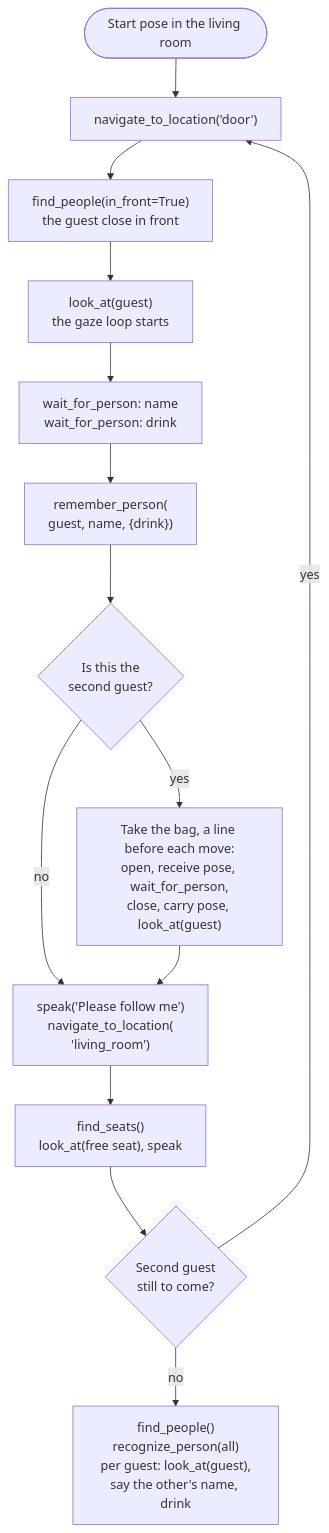
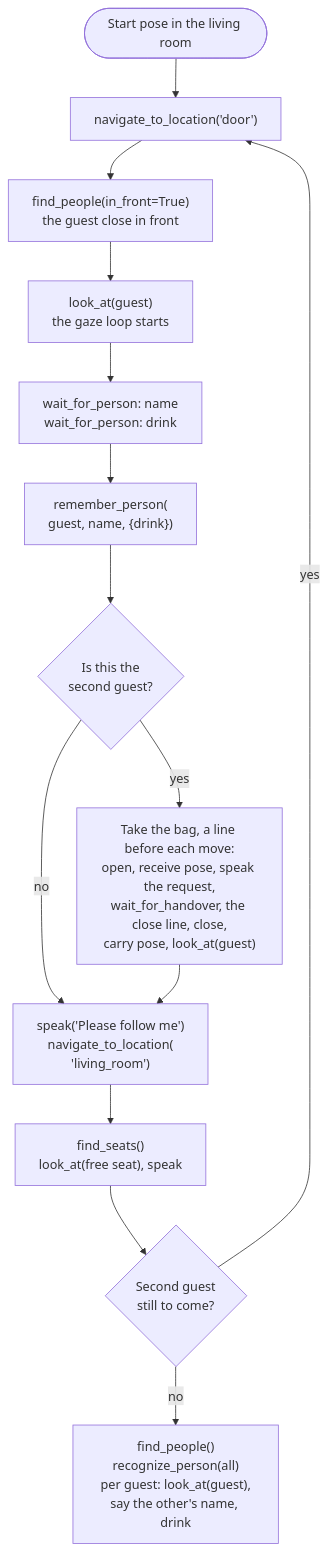
One commit to EIC-Robocup-2026/walkie-agent-ros changed the first of 4 diagrams in docs/architecture/hri.md. Above: the diagram before and after it, drawn with Mermaid. The commit also changed other lines of this file and 23 other files, not shown here.

````diff
--- a/docs/architecture/hri.md
+++ b/docs/architecture/hri.md
@@ -162,16 +165,16 @@
 ```mermaid
 flowchart TB
     start(["Start pose in the living room"]) --> door["navigate_to_location('door')"]
     door --> find["find_people(in_front=True)<br/>the guest close in front"]
     find --> look["look_at(guest)<br/>the gaze loop starts"]
     look --> ask["wait_for_person: name<br/>wait_for_person: drink"]
     ask --> mem["remember_person(<br/>guest, name, {drink})"]
     mem --> second{"Is this the<br/>second guest?"}
-    second -->|"yes"| bag["Take the bag, a line before each move:<br/>open, receive pose, wait_for_person,<br/>close, carry pose, look_at(guest)"]
+    second -->|"yes"| bag["Take the bag, a line before each move:<br/>open, receive pose, speak the request,<br/>wait_for_handover, the close line, close,<br/>carry pose, look_at(guest)"]
     second -->|"no"| guide
     bag --> guide["speak('Please follow me')<br/>navigate_to_location(<br/>'living_room')"]
     guide --> seats["find_seats()<br/>look_at(free seat), speak"]
     seats --> more{"Second guest<br/>still to come?"}
     more -->|"yes"| door
     more -->|"no"| intro["find_people()<br/>recognize_person(all)<br/>per guest: look_at(guest),<br/>say the other's name, drink"]
 ```
````
